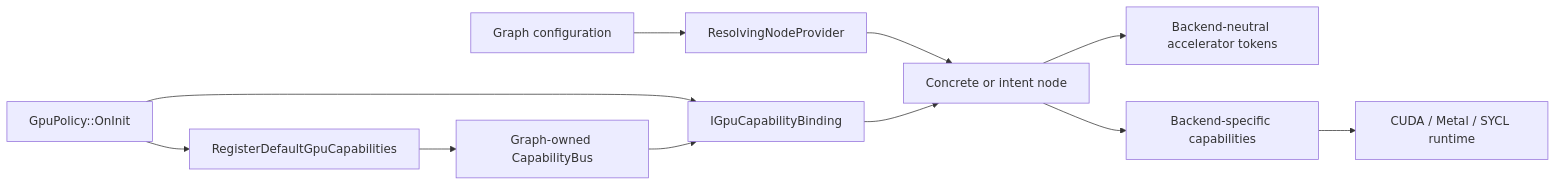
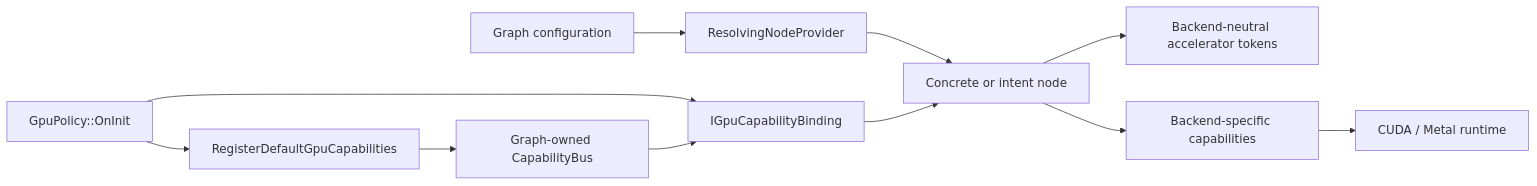
The first of 2 diagrams in gpu_architecture.md (rklinkhammer/GraphX), drawn with Mermaid before and after one commit. The commit also changed other lines of this file and 72 other files, not shown here.

````diff
--- a/gpu_architecture.md
+++ b/gpu_architecture.md
@@ -21,13 +21,13 @@
 ```mermaid
 flowchart LR
     C["Graph configuration"] --> R["ResolvingNodeProvider"]
     R --> N["Concrete or intent node"]
     P["GpuPolicy::OnInit"] --> B["RegisterDefaultGpuCapabilities"]
     B --> CB["Graph-owned CapabilityBus"]
     P --> I["IGpuCapabilityBinding"]
     CB --> I
     I --> N
     N --> T["Backend-neutral accelerator tokens"]
     N --> BC["Backend-specific capabilities"]
-    BC --> RT["CUDA / Metal / SYCL runtime"]
+    BC --> RT["CUDA / Metal runtime"]
 ```
````
